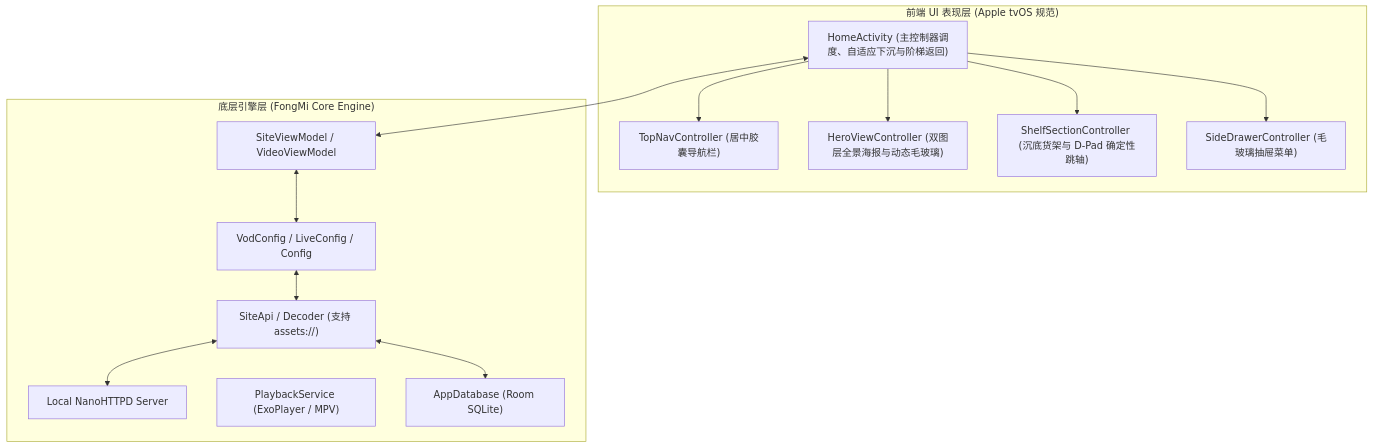
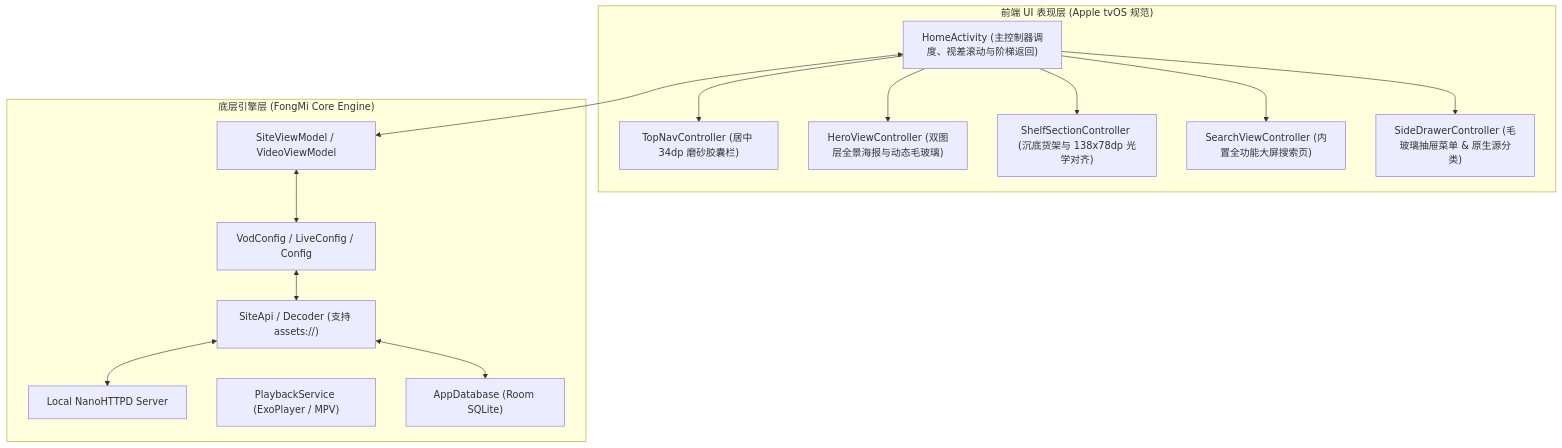
One commit to liujiawei-zuopin/apple-tvbox changed the diagram in HANDOVER.md. Above: the diagram before and after it, drawn with Mermaid. The commit also changed other lines of this file, not shown here.

````diff
--- a/HANDOVER.md
+++ b/HANDOVER.md
@@ -16,29 +16,31 @@
 ```mermaid
 graph TD
     subgraph Frontend_UI_Layer ["前端 UI 表现层 (Apple tvOS 规范)"]
-        TopNav["TopNavController (居中胶囊导航栏)"]
+        TopNav["TopNavController (居中 34dp 磨砂胶囊栏)"]
         Hero["HeroViewController (双图层全景海报与动态毛玻璃)"]
-        Shelf["ShelfSectionController (沉底货架与 D-Pad 确定性跳轴)"]
-        Drawer["SideDrawerController (毛玻璃抽屉菜单)"]
-        HomeAct["HomeActivity (主控制器调度、自适应下沉与阶梯返回)"]
+        Shelf["ShelfSectionController (沉底货架与 138x78dp 光学对齐)"]
+        Search["SearchViewController (内置全功能大屏搜索页)"]
+        Drawer["SideDrawerController (毛玻璃抽屉菜单 & 原生源分类)"]
+        HomeAct["HomeActivity (主控制器调度、视差滚动与阶梯返回)"]
         HomeAct --> TopNav
         HomeAct --> Hero
         HomeAct --> Shelf
+        HomeAct --> Search
         HomeAct --> Drawer
     end
 
     subgraph Backend_Engine_Layer ["底层引擎层 (FongMi Core Engine)"]
         SiteVM["SiteViewModel / VideoViewModel"]
         VodCfg["VodConfig / LiveConfig / Config"]
         SiteAPI["SiteApi / Decoder (支持 assets://)"]
         NanoSvr["Local NanoHTTPD Server"]
         PlayerSvc["PlaybackService (ExoPlayer / MPV)"]
         RoomDB["AppDatabase (Room SQLite)"]
     end
 
     HomeAct <--> SiteVM
     SiteVM <--> VodCfg
     VodCfg <--> SiteAPI
     SiteAPI <--> NanoSvr
     SiteAPI <--> RoomDB
 ```
````
